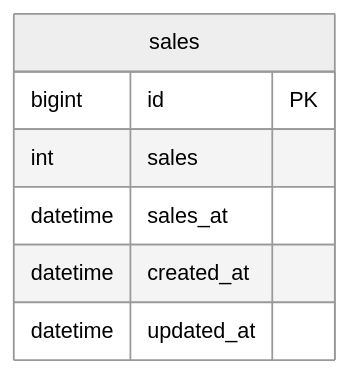
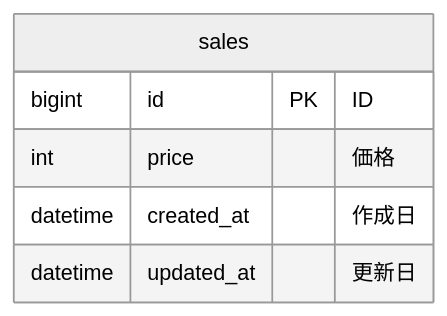
One commit to yse-yoo/yse_regi_2024 changed the diagram in doc/yse_regi.md. Above: the diagram before and after it, drawn with Mermaid (neutral theme). The commit also changed 2 other files, not shown here.

````diff
--- a/doc/yse_regi.md
+++ b/doc/yse_regi.md
@@ -1,10 +1,9 @@
 ```mermaid
 erDiagram
     sales {
-       bigint id PK
-       int sales
-       datetime sales_at
-       datetime created_at
-       datetime updated_at
+       bigint id PK "ID"
+       int price "価格"
+       datetime created_at "作成日"
+       datetime updated_at "更新日"
    }
 ```
````
